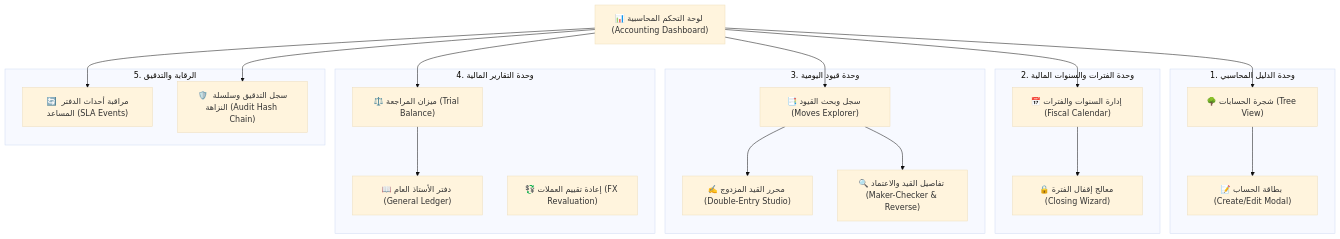
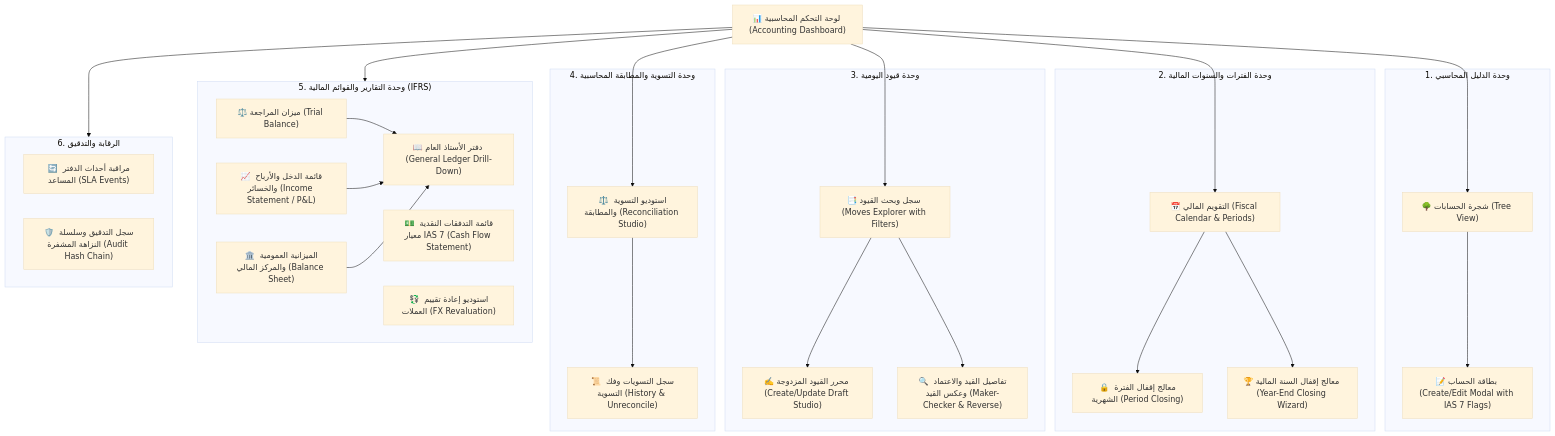
The first of 2 diagrams in docs/accounting_frontend_screens_analysis.md (osmai4603-collab/cashflow_backend), drawn with Mermaid (base theme) before and after one commit. The commit also changed other lines of this file, not shown here.

````diff
--- a/docs/accounting_frontend_screens_analysis.md
+++ b/docs/accounting_frontend_screens_analysis.md
@@ -25,43 +305,57 @@
 ```mermaid
 flowchart TD
     Dashboard["📊 لوحة التحكم المحاسبية (Accounting Dashboard)"]
 
     subgraph CoA ["1. وحدة الدليل المحاسبي"]
         CoA_Tree["🌳 شجرة الحسابات (Tree View)"]
-        Acc_Modal["📝 بطاقة الحساب (Create/Edit Modal)"]
+        Acc_Modal["📝 بطاقة الحساب (Create/Edit Modal with IAS 7 Flags)"]
         CoA_Tree --> Acc_Modal
     end
 
     subgraph Fiscal ["2. وحدة الفترات والسنوات المالية"]
-        Fiscal_Years["📅 إدارة السنوات والفترات (Fiscal Calendar)"]
-        Close_Wizard["🔒 معالج إقفال الفترة (Closing Wizard)"]
-        Fiscal_Years --> Close_Wizard
+        Fiscal_Years["📅 التقويم المالي (Fiscal Calendar & Periods)"]
+        Period_Close["🔒 معالج إقفال الفترة الشهرية (Period Closing)"]
+        Year_Close["🏆 معالج إقفال السنة المالية (Year-End Closing Wizard)"]
+        Fiscal_Years --> Period_Close
+        Fiscal_Years --> Year_Close
     end
 
     subgraph Moves ["3. وحدة قيود اليومية"]
-        Move_List["📑 سجل وبحث القيود (Moves Explorer)"]
-        Move_Editor["✍️ محرر القيد المزدوج (Double-Entry Studio)"]
-        Move_Details["🔍 تفاصيل القيد والاعتماد (Maker-Checker & Reverse)"]
+        Move_List["📑 سجل وبحث القيود (Moves Explorer with Filters)"]
+        Move_Editor["✍️ محرر القيود المزدوجة (Create/Update Draft Studio)"]
+        Move_Details["🔍 تفاصيل القيد والاعتماد وعكس القيد (Maker-Checker & Reverse)"]
         Move_List --> Move_Editor
         Move_List --> Move_Details
     end
 
-    subgraph Reports ["4. وحدة التقارير المالية"]
-        TB_Report["⚖️ ميزان المراجعة (Trial Balance)"]
-        GL_Report["📖 دفتر الأستاذ العام (General Ledger)"]
-        FX_Studio["💱 إعادة تقييم العملات (FX Revaluation)"]
-        TB_Report --> GL_Report
+    subgraph Reconciliation ["4. وحدة التسوية والمطابقة المحاسبية"]
+        Recon_Studio["⚖️ استوديو التسوية والمطابقة (Reconciliation Studio)"]
+        Recon_History["📜 سجل التسويات وفك التسوية (History & Unreconcile)"]
+        Recon_Studio --> Recon_History
     end
 
-    subgraph SubledgerAudit ["5. الرقابة والتدقيق"]
+    subgraph Reports ["5. وحدة التقارير والقوائم المالية (IFRS)"]
+        TB_Report["⚖️ ميزان المراجعة (Trial Balance)"]
+        PL_Report["📈 قائمة الدخل والأرباح والخسائر (Income Statement / P&L)"]
+        BS_Report["🏛️ الميزانية العمومية والمركز المالي (Balance Sheet)"]
+        CF_Report["💵 قائمة التدفقات النقدية معيار IAS 7 (Cash Flow Statement)"]
+        GL_Report["📖 دفتر الأستاذ العام (General Ledger Drill-Down)"]
+        FX_Studio["💱 استوديو إعادة تقييم العملات (FX Revaluation)"]
+        
+        TB_Report --> GL_Report
+        PL_Report --> GL_Report
+        BS_Report --> GL_Report
+    end
+
+    subgraph SubledgerAudit ["6. الرقابة والتدقيق"]
         SLA_Monitor["🔄 مراقبة أحداث الدفتر المساعد (SLA Events)"]
-        Audit_Log["🛡️ سجل التدقيق وسلسلة النزاهة (Audit Hash Chain)"]
+        Audit_Log["🛡️ سجل التدقيق وسلسلة النزاهة المشفرة (Audit Hash Chain)"]
     end
 
     Dashboard --> CoA_Tree
     Dashboard --> Fiscal_Years
     Dashboard --> Move_List
-    Dashboard --> TB_Report
-    Dashboard --> SLA_Monitor
-    Dashboard --> Audit_Log
+    Dashboard --> Recon_Studio
+    Dashboard --> Reports
+    Dashboard --> SubledgerAudit
 ```
````
